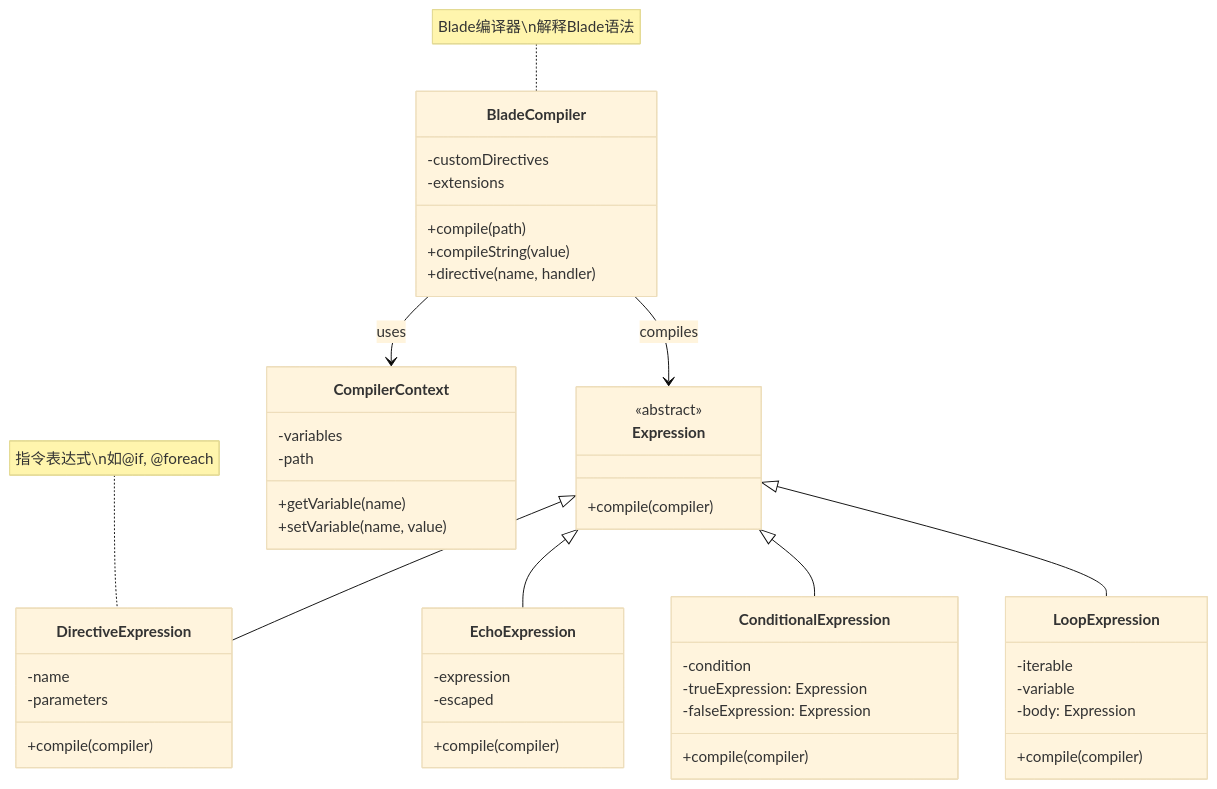
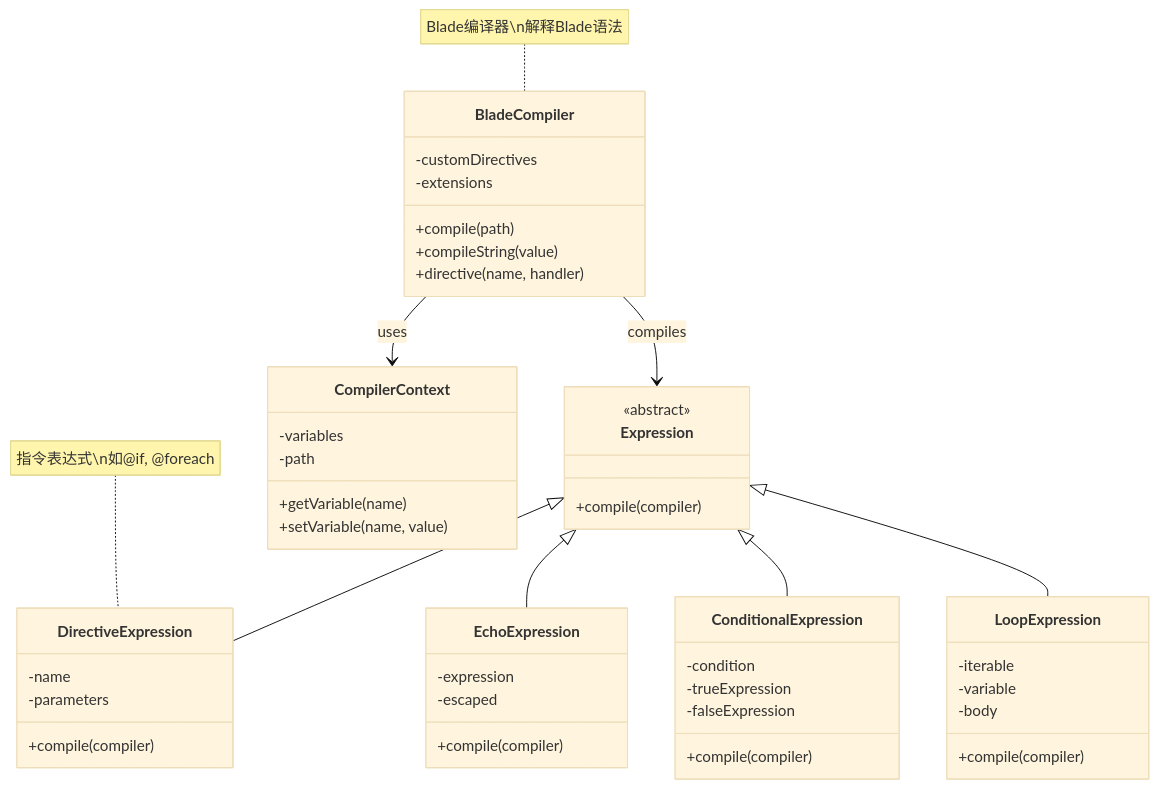
Before and after one commit to fanly/DesignPattern: the second of 6 diagrams in resources/design-patterns/laravel/behavioral/interpreter_zh.md, drawn with Mermaid (base theme). The commit also changed other lines of this file and 17 other files, not shown here.

````diff
--- a/resources/design-patterns/laravel/behavioral/interpreter_zh.md
+++ b/resources/design-patterns/laravel/behavioral/interpreter_zh.md
@@ -49,58 +49,58 @@
 ```mermaid
 classDiagram
     class BladeCompiler {
         -customDirectives
         -extensions
         +compile(path)
         +compileString(value)
         +directive(name, handler)
     }
     
     class Expression {
         <<abstract>>
         +compile(compiler)
     }
     
     class DirectiveExpression {
         -name
         -parameters
         +compile(compiler)
     }
     
     class EchoExpression {
         -expression
         -escaped
         +compile(compiler)
     }
     
     class ConditionalExpression {
         -condition
-        -trueExpression: Expression
-        -falseExpression: Expression
+        -trueExpression
+        -falseExpression
         +compile(compiler)
     }
     
     class LoopExpression {
         -iterable
         -variable
-        -body: Expression
+        -body
         +compile(compiler)
     }
     
     class CompilerContext {
         -variables
         -path
         +getVariable(name)
         +setVariable(name, value)
     }
     
     BladeCompiler --> Expression : compiles
     Expression <|-- DirectiveExpression
     Expression <|-- EchoExpression
     Expression <|-- ConditionalExpression
     Expression <|-- LoopExpression
     BladeCompiler --> CompilerContext : uses
     
     note for BladeCompiler "Blade编译器\n解释Blade语法"
     note for DirectiveExpression "指令表达式\n如@if, @foreach"
 ```
````
